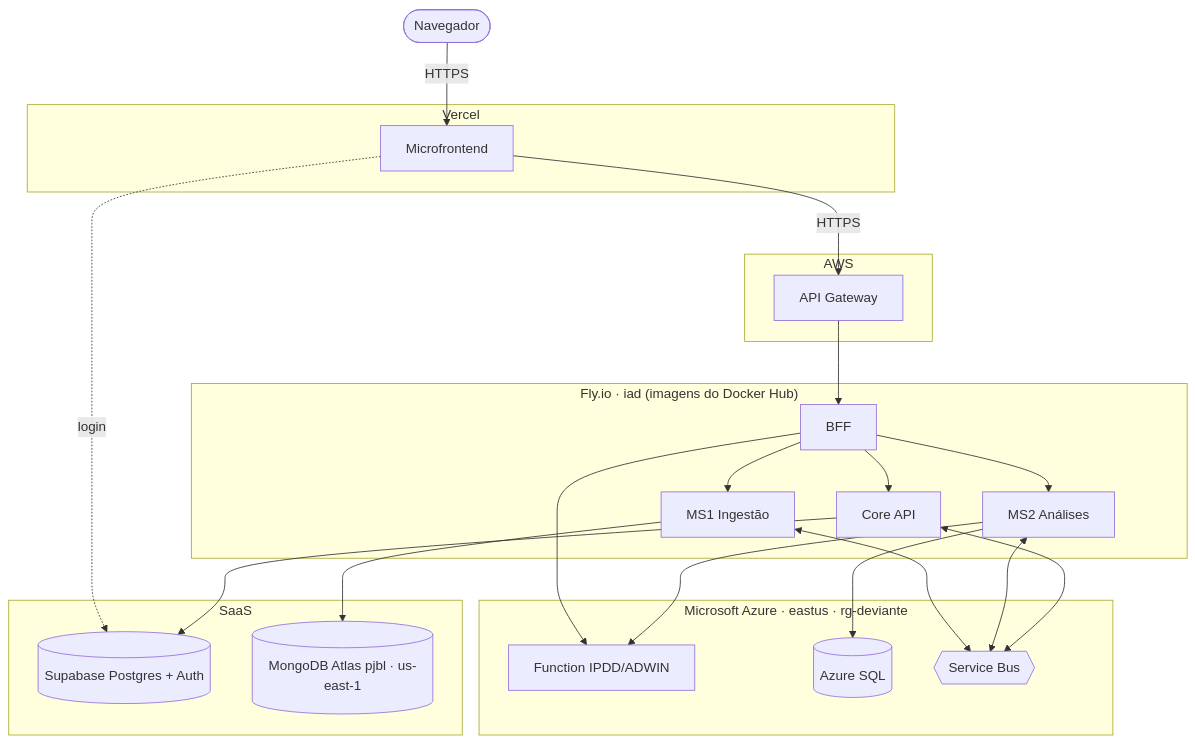
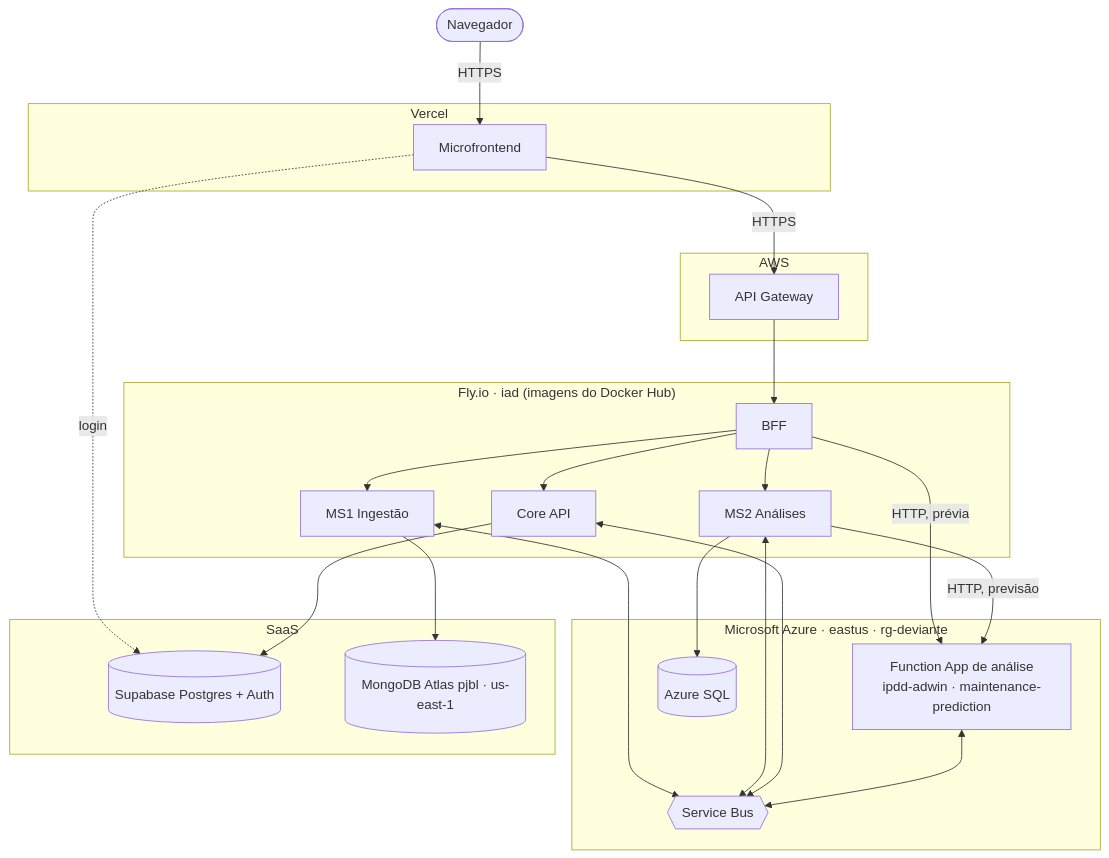
Before and after one commit to aland3r/deviante-docs: diagram 13 of 17 in architecture/arc42.md, drawn with Mermaid. The commit also changed other lines of this file, not shown here.

First line of the commit message:
arc42 §1, §4–§9, §12: filas do Service Bus, Function App de análise com previsão experimental, ADR 10 e 11

````diff
--- a/architecture/arc42.md
+++ b/architecture/arc42.md
@@ -926,35 +941,35 @@
 ```mermaid
 flowchart TB
     browser([Navegador])
     subgraph vercel["Vercel"]
         fe["Microfrontend"]
     end
     subgraph aws["AWS"]
         gw["API Gateway"]
     end
     subgraph fly["Fly.io · iad (imagens do Docker Hub)"]
         bff["BFF"]
         core["Core API"]
         ms1["MS1 Ingestão"]
         ms2["MS2 Análises"]
     end
     subgraph azure["Microsoft Azure · eastus · rg-deviante"]
-        fn["Function IPDD/ADWIN"]
+        fn["Function App de análise<br/>ipdd-adwin · maintenance-prediction"]
         sql[("Azure SQL")]
         bus{{"Service Bus"}}
     end
     subgraph saas["SaaS"]
         supa[("Supabase Postgres + Auth")]
         mongo[("MongoDB Atlas pjbl · us-east-1")]
     end
     browser -->|HTTPS| fe
     fe -->|HTTPS| gw --> bff
     bff --> core & ms1 & ms2
-    bff --> fn
-    ms2 --> fn
+    bff -->|HTTP, prévia| fn
+    ms2 -->|HTTP, previsão| fn
     fe -.->|login| supa
     core --> supa
     ms1 --> mongo
     ms2 --> sql
-    ms1 & ms2 & core <--> bus
+    ms1 & ms2 & core & fn <--> bus
 ```
````
